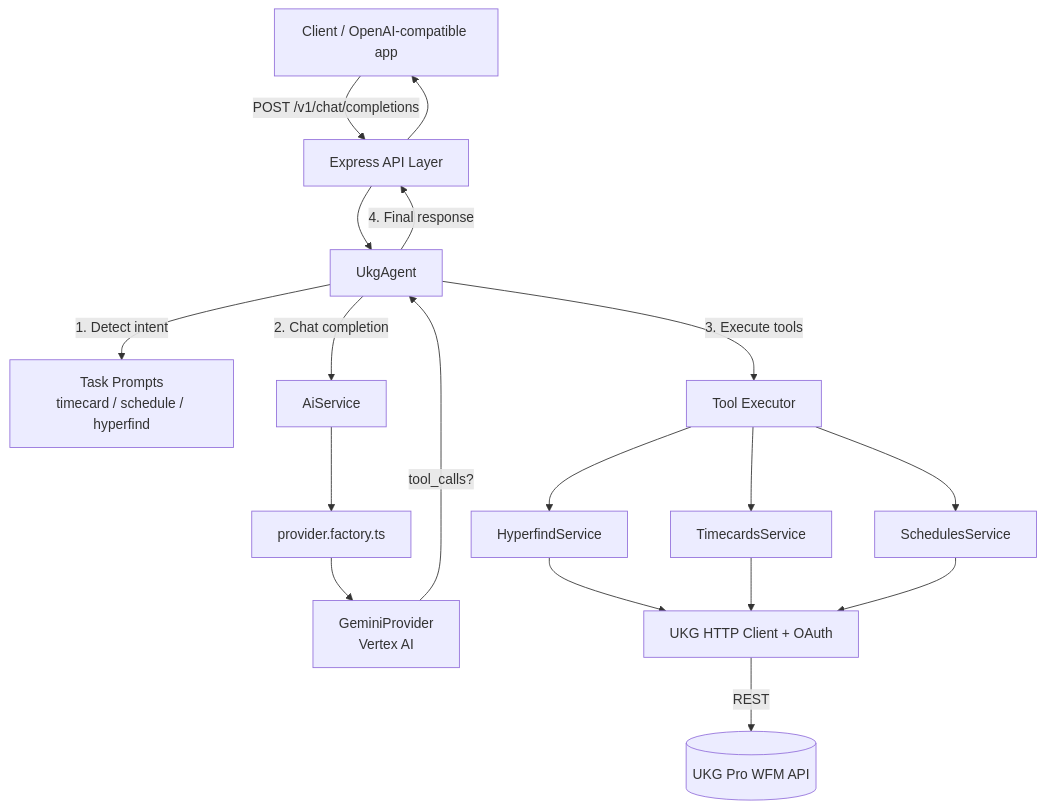
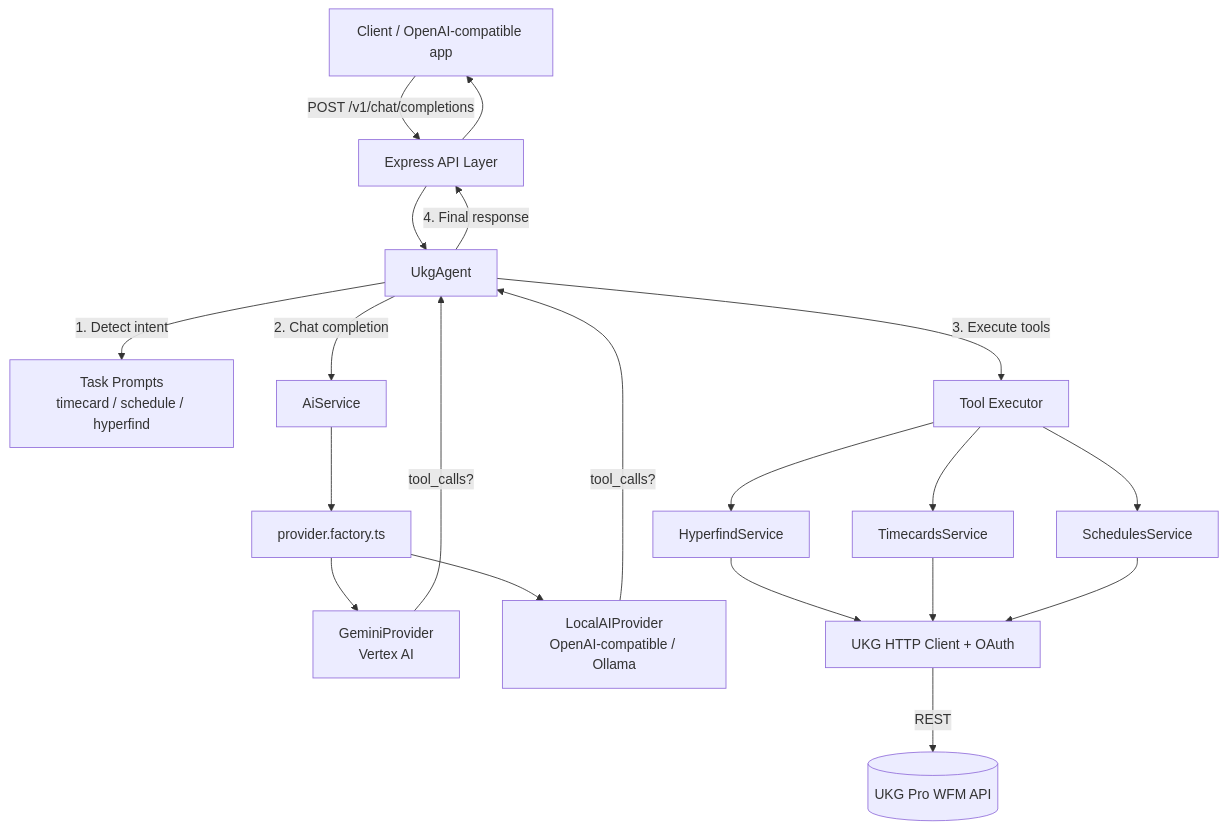
The diagram in README.md (dheerajpk/ukg-wfm-ai-agent), drawn with Mermaid before and after one commit. The commit also changed other lines of this file and 6 other files, not shown here.

````diff
--- a/README.md
+++ b/README.md
@@ -49,20 +49,22 @@
 ```mermaid
 flowchart TD
     Client[Client / OpenAI-compatible app] -->|POST /v1/chat/completions| API[Express API Layer]
     API --> Agent[UkgAgent]
     Agent -->|1. Detect intent| Prompts[Task Prompts<br/>timecard / schedule / hyperfind]
     Agent -->|2. Chat completion| AIService[AiService]
     AIService --> Factory[provider.factory.ts]
     Factory --> Gemini[GeminiProvider<br/>Vertex AI]
+    Factory --> Local[LocalAIProvider<br/>OpenAI-compatible / Ollama]
     Gemini -->|tool_calls?| Agent
+    Local -->|tool_calls?| Agent
     Agent -->|3. Execute tools| ToolExecutor[Tool Executor]
     ToolExecutor --> Hyperfind[HyperfindService]
     ToolExecutor --> Timecards[TimecardsService]
     ToolExecutor --> Schedules[SchedulesService]
     Hyperfind --> UKGClient[UKG HTTP Client + OAuth]
     Timecards --> UKGClient
     Schedules --> UKGClient
     UKGClient -->|REST| UKGAPI[(UKG Pro WFM API)]
     Agent -->|4. Final response| API
     API --> Client
 ```
````
